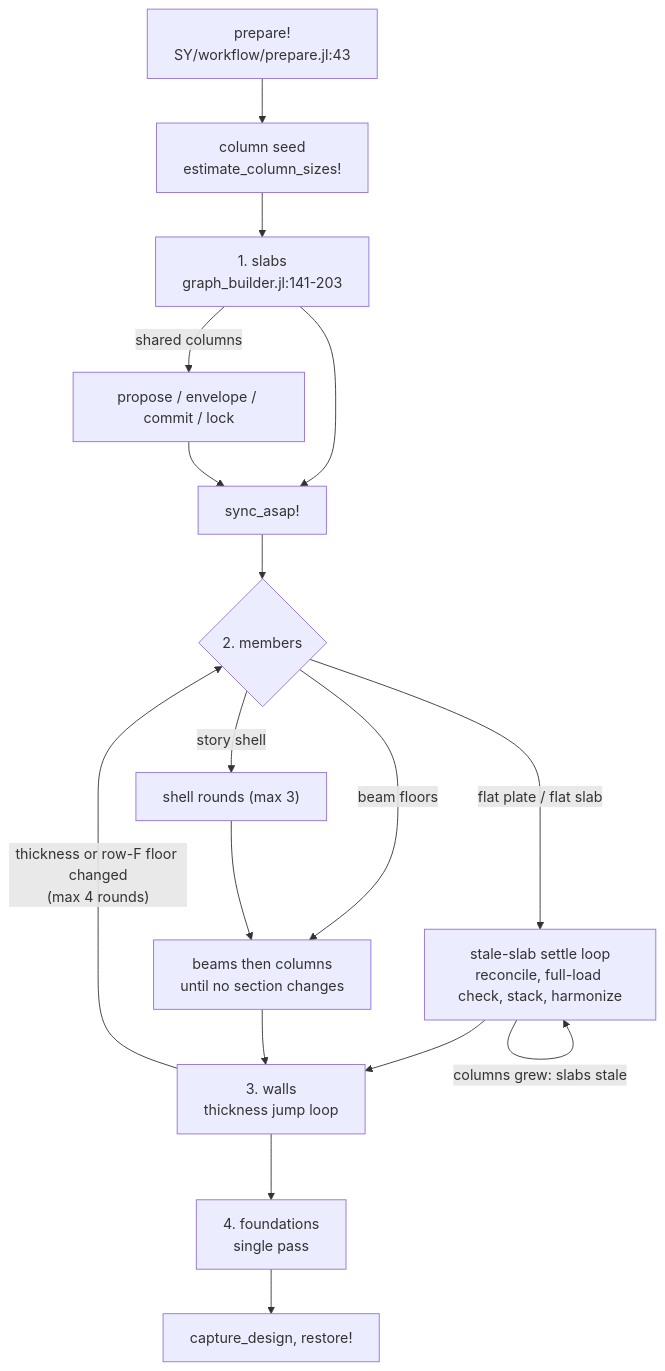
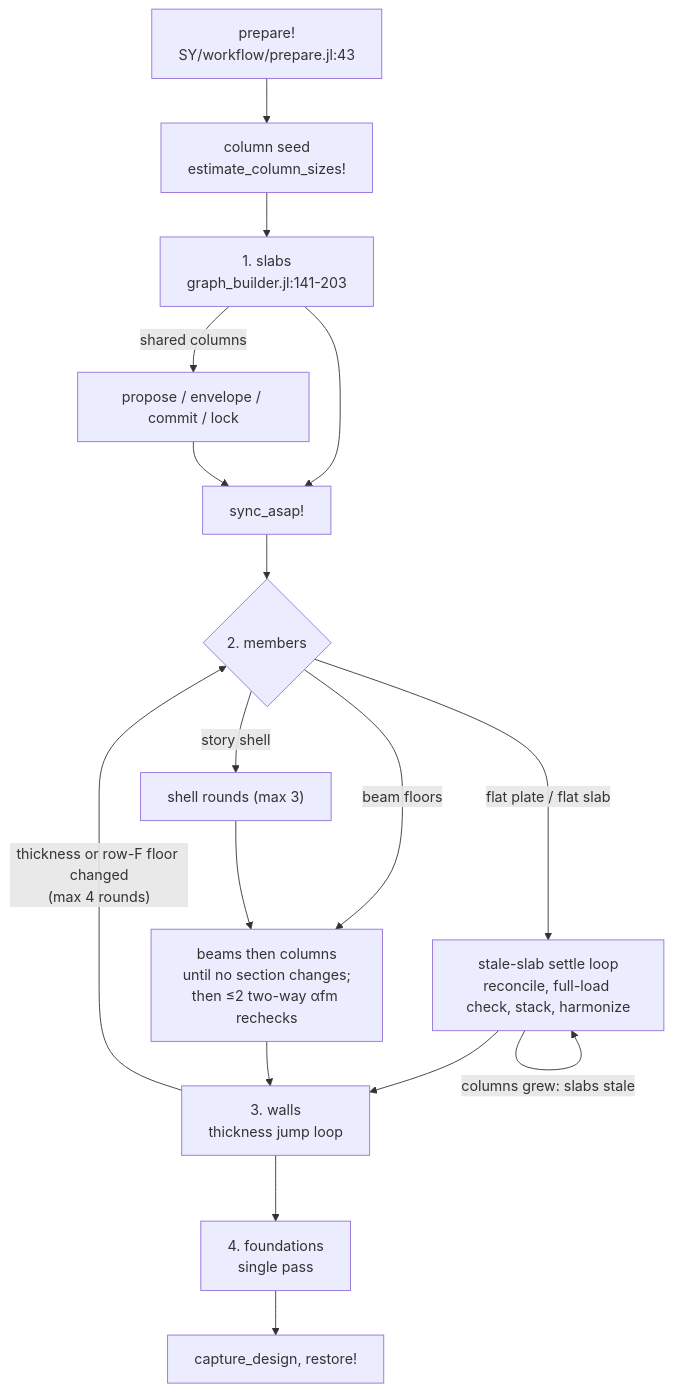
Before and after one commit to natashahirt/menegroth: the diagram in docs/sizing-map/README.md, drawn with Mermaid. The commit also changed other lines of this file and 1 other file, not shown here.

Commit message:
[memory] Sizing map re-audited (two-way αfm resolved, lateral sway bridge built-not-wired); README/plan updated

````diff
--- a/docs/sizing-map/README.md
+++ b/docs/sizing-map/README.md
@@ -30,19 +63,19 @@
 ```mermaid
 flowchart TD
     PREP["prepare!<br/>SY/workflow/prepare.jl:43"] --> SEED["column seed<br/>estimate_column_sizes!"]
     SEED --> SLAB["1. slabs<br/>graph_builder.jl:141-203"]
     SLAB -->|"shared columns"| TWO["propose / envelope / commit / lock"]
     SLAB --> SYNC["sync_asap!"]
     TWO --> SYNC
     SYNC --> MEM{"2. members"}
     MEM -->|"flat plate / flat slab"| FPM["stale-slab settle loop<br/>reconcile, full-load check, stack, harmonize"]
-    MEM -->|"beam floors"| BC["beams then columns<br/>until no section changes"]
+    MEM -->|"beam floors"| BC["beams then columns<br/>until no section changes;<br/>then ≤2 two-way αfm rechecks"]
     MEM -->|"story shell"| SH["shell rounds (max 3)"]
     FPM -->|"columns grew: slabs stale"| FPM
     SH --> BC
     FPM --> WALL["3. walls<br/>thickness jump loop"]
     BC --> WALL
     WALL -->|"thickness or row-F floor changed<br/>(max 4 rounds)"| MEM
     WALL --> FDN["4. foundations<br/>single pass"]
     FDN --> CAP["capture_design, restore!"]
 ```
````
